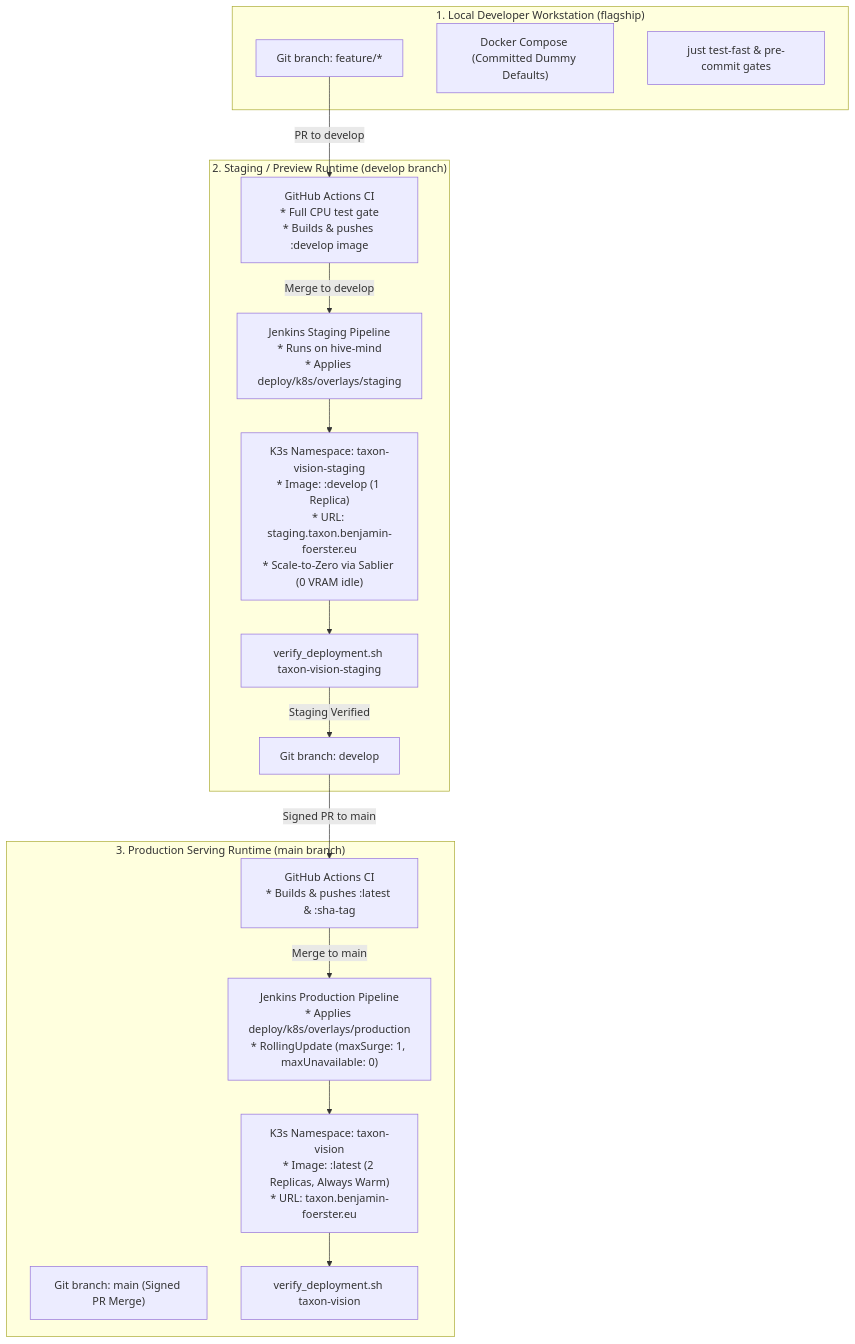
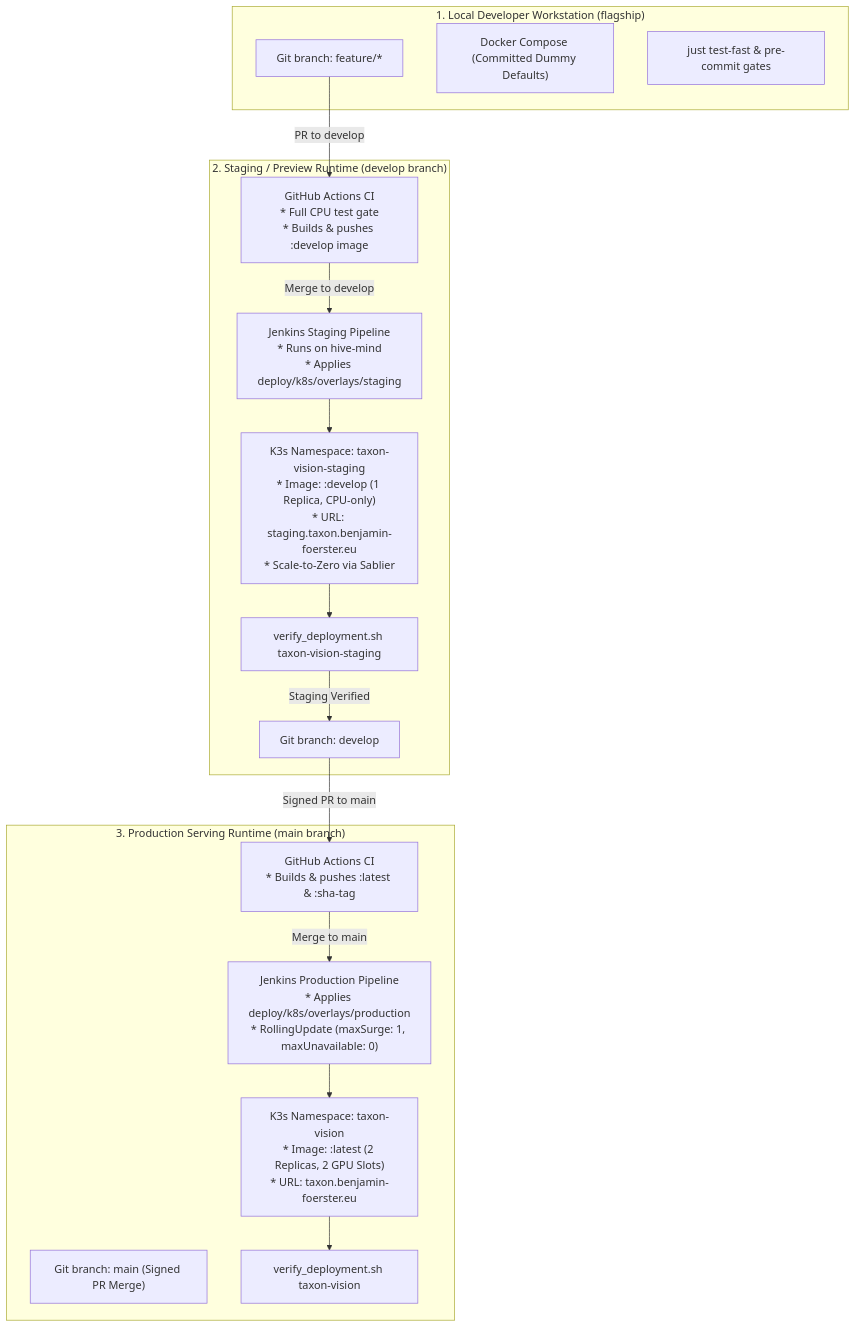
Before and after one commit to foersben/taxon-vision-mlops: the second of 2 diagrams in docs/operations/deployment_strategy.md, drawn with Mermaid. The commit also changed other lines of this file and 9 other files, not shown here.

First line of the commit message:
docs(zensical): synchronise architecture portal with dual dashboards, loki, staging overlays, and secret governance

````diff
--- a/docs/operations/deployment_strategy.md
+++ b/docs/operations/deployment_strategy.md
@@ -92,34 +91,34 @@
 ```mermaid
 flowchart TD
     subgraph Tier1["1. Local Developer Workstation (flagship)"]
         LOCAL_GIT["Git branch: feature/*"]
         LOCAL_COMP["Docker Compose (Committed Dummy Defaults)"]
         LOCAL_TEST["just test-fast & pre-commit gates"]
     end
 
     subgraph Tier2["2. Staging / Preview Runtime (develop branch)"]
         DEV_GIT["Git branch: develop"]
         GH_DEV["GitHub Actions CI<br/>* Full CPU test gate<br/>* Builds & pushes :develop image"]
         JNK_DEV["Jenkins Staging Pipeline<br/>* Runs on hive-mind<br/>* Applies deploy/k8s/overlays/staging"]
-        STAGE_POD["K3s Namespace: taxon-vision-staging<br/>* Image: :develop (1 Replica)<br/>* URL: staging.taxon.benjamin-foerster.eu<br/>* Scale-to-Zero via Sablier (0 VRAM idle)"]
+        STAGE_POD["K3s Namespace: taxon-vision-staging<br/>* Image: :develop (1 Replica, CPU-only)<br/>* URL: staging.taxon.benjamin-foerster.eu<br/>* Scale-to-Zero via Sablier"]
         VERIFY_DEV["verify_deployment.sh taxon-vision-staging"]
     end
 
     subgraph Tier3["3. Production Serving Runtime (main branch)"]
         MAIN_GIT["Git branch: main (Signed PR Merge)"]
         GH_MAIN["GitHub Actions CI<br/>* Builds & pushes :latest & :sha-tag"]
         JNK_MAIN["Jenkins Production Pipeline<br/>* Applies deploy/k8s/overlays/production<br/>* RollingUpdate (maxSurge: 1, maxUnavailable: 0)"]
-        PROD_POD["K3s Namespace: taxon-vision<br/>* Image: :latest (2 Replicas, Always Warm)<br/>* URL: taxon.benjamin-foerster.eu"]
+        PROD_POD["K3s Namespace: taxon-vision<br/>* Image: :latest (2 Replicas, 2 GPU Slots)<br/>* URL: taxon.benjamin-foerster.eu"]
         VERIFY_MAIN["verify_deployment.sh taxon-vision"]
     end
 
     LOCAL_GIT -->|PR to develop| GH_DEV
     GH_DEV -->|Merge to develop| JNK_DEV
     JNK_DEV --> STAGE_POD
     STAGE_POD --> VERIFY_DEV
     VERIFY_DEV -->|Staging Verified| DEV_GIT
     DEV_GIT -->|Signed PR to main| GH_MAIN
     GH_MAIN -->|Merge to main| JNK_MAIN
     JNK_MAIN --> PROD_POD
     PROD_POD --> VERIFY_MAIN
 ```
````
